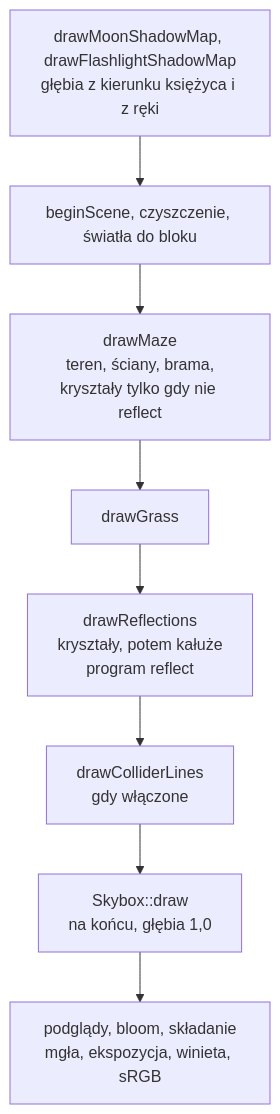
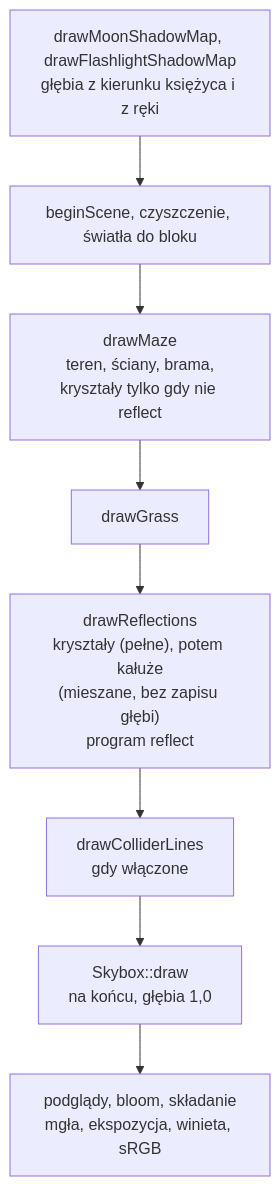
Before and after one commit to Shironex/night-maze: the diagram in docs/modules/renderer/env-mapping.md, drawn with Mermaid. The commit also changed other lines of this file and 36 other files, not shown here.

````diff
--- a/docs/modules/renderer/env-mapping.md
+++ b/docs/modules/renderer/env-mapping.md
@@ -288,10 +322,10 @@
 ```mermaid
 flowchart TD
     A["drawMoonShadowMap, drawFlashlightShadowMap<br/>głębia z kierunku księżyca i z ręki"] --> B["beginScene, czyszczenie, światła do bloku"]
     B --> C["drawMaze<br/>teren, ściany, brama,<br/>kryształy tylko gdy nie reflect"]
     C --> D["drawGrass"]
-    D --> E["drawReflections<br/>kryształy, potem kałuże<br/>program reflect"]
+    D --> E["drawReflections<br/>kryształy (pełne), potem kałuże<br/>(mieszane, bez zapisu głębi)<br/>program reflect"]
     E --> F["drawColliderLines<br/>gdy włączone"]
     F --> G["Skybox::draw<br/>na końcu, głębia 1,0"]
     G --> H["podglądy, bloom, składanie<br/>mgła, ekspozycja, winieta, sRGB"]
 ```
````
